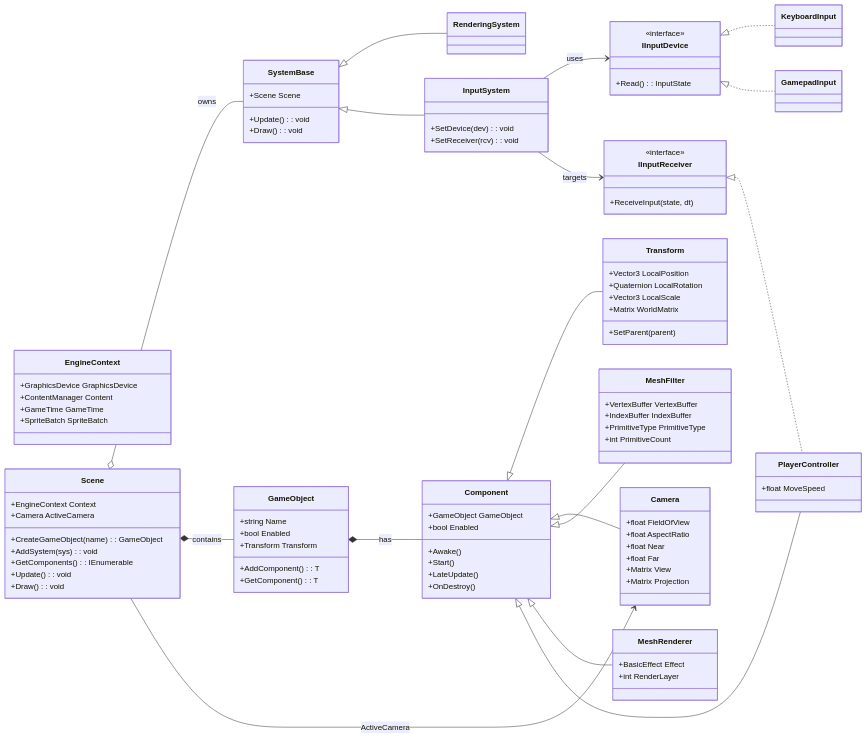
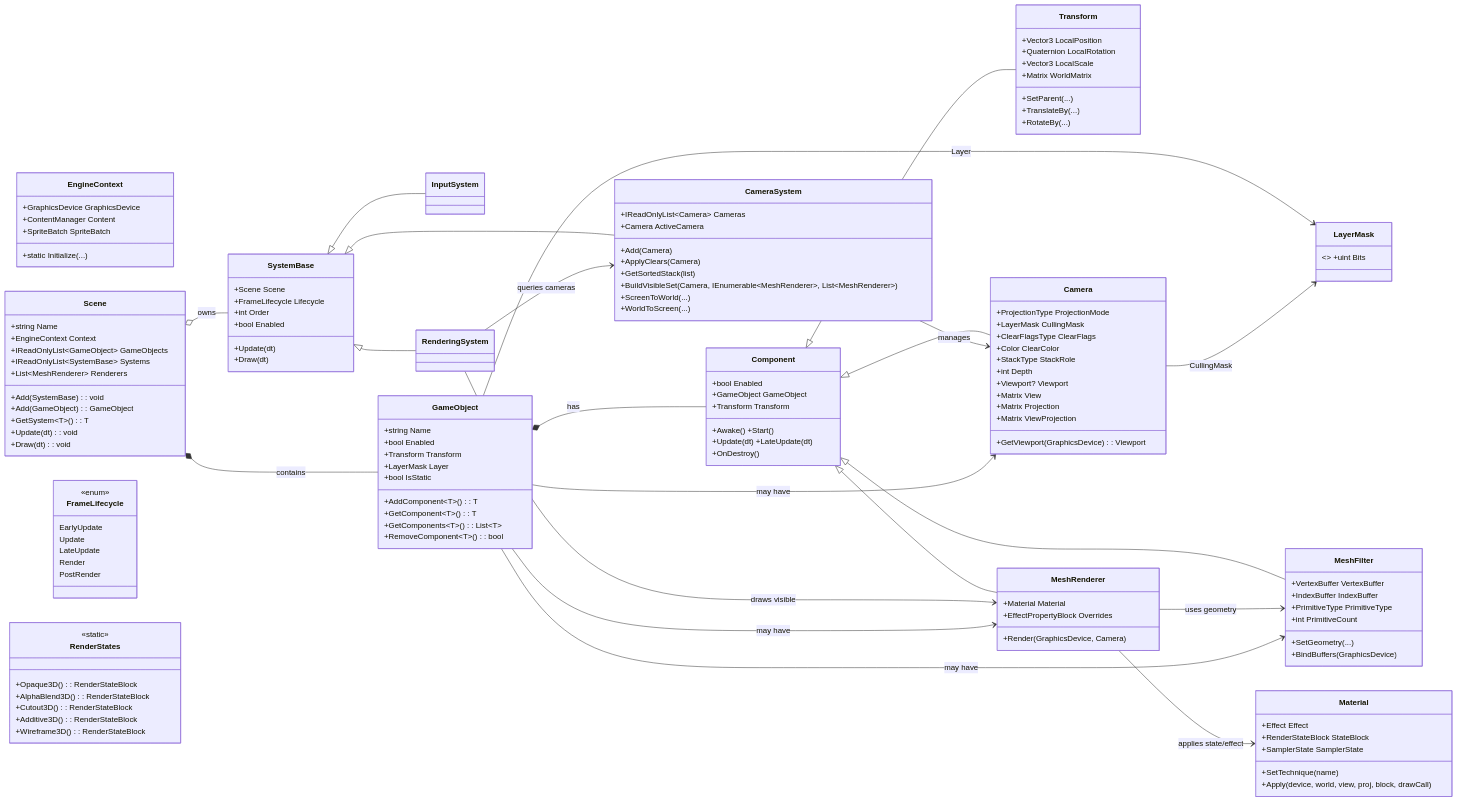
Before and after one commit to grimmy962/2025-26-GD-3DGED-REPEAT: the diagram in README.md, drawn with Mermaid. The commit also changed other lines of this file, not shown here.

Commit message:
:memo: Update diagram and folder structure in README

````diff
--- a/README.md
+++ b/README.md
@@ -75,52 +80,85 @@
 classDiagram
   direction LR
 
+  %% Services / Context
   class EngineContext {
     +GraphicsDevice GraphicsDevice
     +ContentManager Content
-    +GameTime GameTime
     +SpriteBatch SpriteBatch
+    +static Initialize(...)
   }
 
+  %% Scene & Lifecycles
   class Scene {
+    +string Name
     +EngineContext Context
-    +Camera ActiveCamera
-    +CreateGameObject(name): GameObject
-    +AddSystem(sys): void
-    +GetComponents<T>(): IEnumerable<T>
-    +Update(): void
-    +Draw(): void
+    +IReadOnlyList~GameObject~ GameObjects
+    +IReadOnlyList~SystemBase~ Systems
+    +List~MeshRenderer~ Renderers
+    +Add(SystemBase): void
+    +Add(GameObject): GameObject
+    +GetSystem~T~(): T
+    +Update(dt): void
+    +Draw(dt): void
   }
 
+  class FrameLifecycle {
+    <<enum>>
+    EarlyUpdate
+    Update
+    LateUpdate
+    Render
+    PostRender
+  }
+
+  %% Systems
   class SystemBase {
     +Scene Scene
-    +Update(): void
-    +Draw(): void
+    +FrameLifecycle Lifecycle
+    +int Order
+    +bool Enabled
+    +Update(dt)
+    +Draw(dt)
+  }
+
+  class InputSystem
+  class CameraSystem {
+    +IReadOnlyList~Camera~ Cameras
+    +Camera ActiveCamera
+    +Add(Camera)
+    +ApplyClears(Camera)
+    +GetSortedStack(list)
+    +BuildVisibleSet(Camera, IEnumerable~MeshRenderer~, List~MeshRenderer~)
+    +ScreenToWorld(...)
+    +WorldToScreen(...)
   }
   class RenderingSystem
-  class InputSystem {
-    +SetDevice(dev): void
-    +SetReceiver(rcv): void
-  }
+
+  SystemBase <|-- InputSystem
+  SystemBase <|-- CameraSystem
   SystemBase <|-- RenderingSystem
-  SystemBase <|-- InputSystem
   Scene o-- SystemBase : owns
-  
+
+  %% Entities / Components
   class GameObject {
     +string Name
     +bool Enabled
     +Transform Transform
-    +AddComponent<T>(): T
-    +GetComponent<T>(): T
+    +LayerMask Layer
+    +bool IsStatic
+    +AddComponent~T~(): T
+    +GetComponent~T~(): T
+    +GetComponents~T~(): List~T~
+    +RemoveComponent~T~(): bool
   }
   Scene *-- GameObject : contains
 
   class Component {
+    +bool Enabled
     +GameObject GameObject
-    +bool Enabled
-    +Awake()
-    +Start()
-    +LateUpdate()
+    +Transform Transform
+    +Awake()  +Start()
+    +Update(dt)  +LateUpdate(dt)
     +OnDestroy()
   }
   GameObject *-- Component : has
@@ -130,53 +168,74 @@
     +Quaternion LocalRotation
     +Vector3 LocalScale
     +Matrix WorldMatrix
-    +SetParent(parent)
+    +SetParent(...)
+    +TranslateBy(...)
+    +RotateBy(...)
   }
+
   class Camera {
-    +float FieldOfView
-    +float AspectRatio
-    +float Near
-    +float Far
+    +ProjectionType ProjectionMode
+    +LayerMask CullingMask
+    +ClearFlagsType ClearFlags
+    +Color ClearColor
+    +StackType StackRole
+    +int Depth
+    +Viewport? Viewport
     +Matrix View
     +Matrix Projection
+    +Matrix ViewProjection
+    +GetViewport(GraphicsDevice): Viewport
   }
+
   class MeshFilter {
     +VertexBuffer VertexBuffer
     +IndexBuffer IndexBuffer
     +PrimitiveType PrimitiveType
     +int PrimitiveCount
+    +SetGeometry(...)
+    +BindBuffers(GraphicsDevice)
   }
+
+  class Material {
+    +Effect Effect
+    +RenderStateBlock StateBlock
+    +SamplerState SamplerState
+    +SetTechnique(name)
+    +Apply(device, world, view, proj, block, drawCall)
+  }
+
+  class RenderStates {
+    <<static>>
+    +Opaque3D(): RenderStateBlock
+    +AlphaBlend3D(): RenderStateBlock
+    +Cutout3D(): RenderStateBlock
+    +Additive3D(): RenderStateBlock
+    +Wireframe3D(): RenderStateBlock
+  }
+
   class MeshRenderer {
-    +BasicEffect Effect
-    +int RenderLayer
-  }
-  class PlayerController {
-    +float MoveSpeed
+    +Material Material
+    +EffectPropertyBlock Overrides
+    +Render(GraphicsDevice, Camera)
   }
 
   Component <|-- Transform
   Component <|-- Camera
   Component <|-- MeshFilter
   Component <|-- MeshRenderer
-  Component <|-- PlayerController
 
-  Scene --> Camera : ActiveCamera
+  %% Wiring for render flow
+  RenderingSystem --> CameraSystem : queries cameras
+  RenderingSystem --> MeshRenderer : draws visible
+  MeshRenderer --> MeshFilter : uses geometry
+  MeshRenderer --> Material : applies state/effect
+  CameraSystem --> Camera : manages
+  GameObject --> Camera : may have
+  GameObject --> MeshRenderer : may have
+  GameObject --> MeshFilter : may have
 
-  class IInputDevice {
-    <<interface>>
-    +Read(): InputState
-  }
-  class KeyboardInput
-  class GamepadInput
-  IInputDevice <|.. KeyboardInput
-  IInputDevice <|.. GamepadInput
-
-  class IInputReceiver {
-    <<interface>>
-    +ReceiveInput(state, dt)
-  }
-  IInputReceiver <|.. PlayerController
-
-  InputSystem --> IInputDevice : uses
-  InputSystem --> IInputReceiver : targets
+  %% Culling relationship
+  class LayerMask { <<value object>> +uint Bits }
+  GameObject --> LayerMask : Layer
+  Camera --> LayerMask : CullingMask
 ```
````
